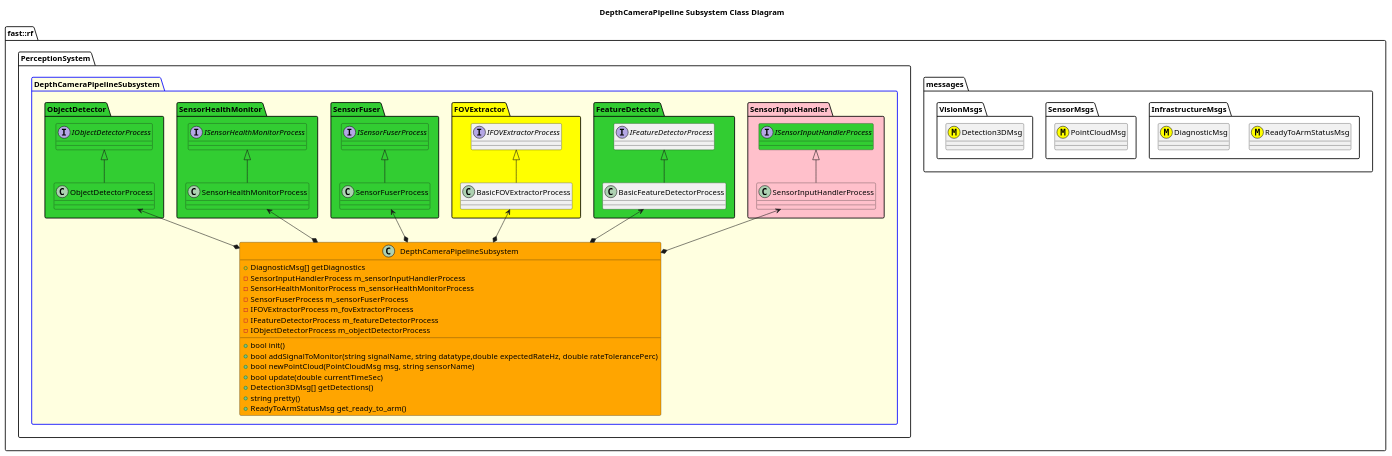
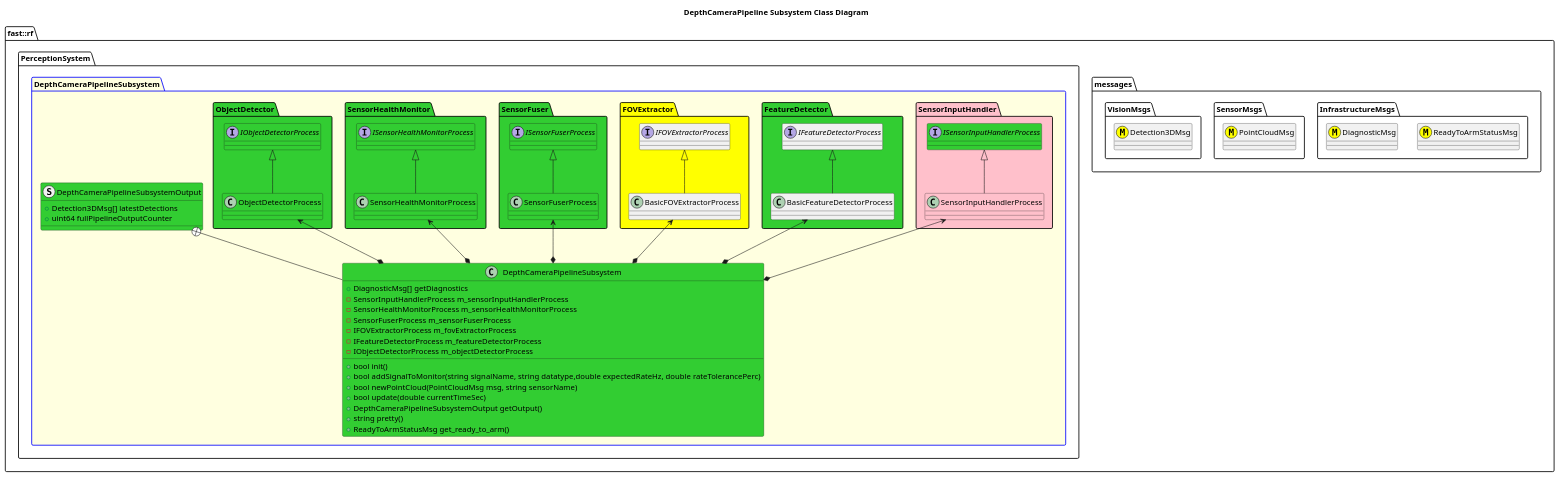
Before and after one commit to fastrobotics/robot_framework: the diagram in Systems/Perception/Subsystems/DepthCameraPipeline/doc/puml/DepthCameraPipelineSubsystemClassDiagram.puml, drawn with PlantUML. The commit also changed 9 other files, not shown here.

```diff
--- a/Systems/Perception/Subsystems/DepthCameraPipeline/doc/puml/DepthCameraPipelineSubsystemClassDiagram.puml
+++ b/Systems/Perception/Subsystems/DepthCameraPipeline/doc/puml/DepthCameraPipelineSubsystemClassDiagram.puml
@@ -2,76 +2,81 @@
 @startuml
 title DepthCameraPipeline Subsystem Class Diagram
 namespace fast::rf {
   namespace messages {
     namespace InfrastructureMsgs {
         class ReadyToArmStatusMsg <<(M,#FFFF00)>>
         class DiagnosticMsg <<(M,#FFFF00)>>
     }
     namespace SensorMsgs {
         class PointCloudMsg <<(M,#FFFF00)>>
     }
     namespace VisionMsgs {
         class Detection3DMsg <<(M,#FFFF00)>>
     }
   }
   namespace PerceptionSystem {
     package DepthCameraPipelineSubsystem #LightYellow;line:blue {
         
         namespace SensorInputHandler #Pink {
             interface ISensorInputHandlerProcess #LimeGreen
             class SensorInputHandlerProcess #Pink
             SensorInputHandlerProcess -up-|> ISensorInputHandlerProcess
         }
         namespace FeatureDetector #LimeGreen {
             interface IFeatureDetectorProcess
             class BasicFeatureDetectorProcess
             BasicFeatureDetectorProcess -up-|> IFeatureDetectorProcess
         }
         namespace FOVExtractor #Yellow {
             interface IFOVExtractorProcess
             class BasicFOVExtractorProcess
             BasicFOVExtractorProcess -up-|> IFOVExtractorProcess
         }
         namespace SensorFuser #LimeGreen {
             interface ISensorFuserProcess #LimeGreen
             class SensorFuserProcess #LimeGreen
             SensorFuserProcess -up-|> ISensorFuserProcess
         }
         namespace SensorHealthMonitor #LimeGreen {
             interface ISensorHealthMonitorProcess #LimeGreen
             class SensorHealthMonitorProcess #LimeGreen
             SensorHealthMonitorProcess -up-|> ISensorHealthMonitorProcess
 
         }
         namespace ObjectDetector #LimeGreen {
             interface IObjectDetectorProcess #LimeGreen
             class ObjectDetectorProcess #LimeGreen
             ObjectDetectorProcess -up-|> IObjectDetectorProcess
         }
-        class DepthCameraPipelineSubsystem #Orange {
+        struct DepthCameraPipelineSubsystemOutput #LimeGreen {
+            +Detection3DMsg[] latestDetections
+            +uint64 fullPipelineOutputCounter
+        }
+        class DepthCameraPipelineSubsystem #LimeGreen {
             +bool init()
             +bool addSignalToMonitor(string signalName, string datatype,double expectedRateHz, double rateTolerancePerc)
             +bool newPointCloud(PointCloudMsg msg, string sensorName)
             +bool update(double currentTimeSec)
-            +Detection3DMsg[] getDetections()
+            +DepthCameraPipelineSubsystemOutput getOutput()
             +string pretty()
             +ReadyToArmStatusMsg get_ready_to_arm()
             +DiagnosticMsg[] getDiagnostics
             -SensorInputHandlerProcess m_sensorInputHandlerProcess
             -SensorHealthMonitorProcess m_sensorHealthMonitorProcess
             -SensorFuserProcess m_sensorFuserProcess
             -IFOVExtractorProcess m_fovExtractorProcess
             -IFeatureDetectorProcess m_featureDetectorProcess
             -IObjectDetectorProcess m_objectDetectorProcess
 
         }
+        DepthCameraPipelineSubsystemOutput +-- DepthCameraPipelineSubsystem
         DepthCameraPipelineSubsystem *-up-> SensorInputHandlerProcess
         DepthCameraPipelineSubsystem *-up-> SensorHealthMonitorProcess
         DepthCameraPipelineSubsystem *-up-> SensorFuserProcess
         DepthCameraPipelineSubsystem *-up-> BasicFOVExtractorProcess
         DepthCameraPipelineSubsystem *-up-> BasicFeatureDetectorProcess
         DepthCameraPipelineSubsystem *-up-> ObjectDetectorProcess
     }
   }
 }
 @enduml
```
